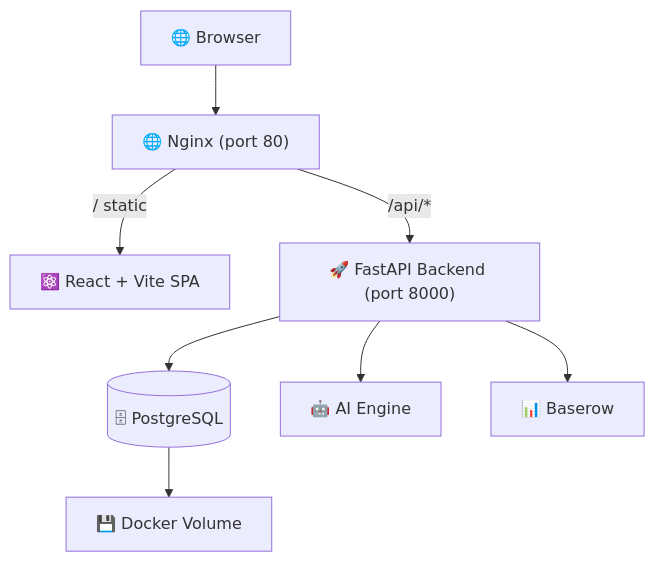
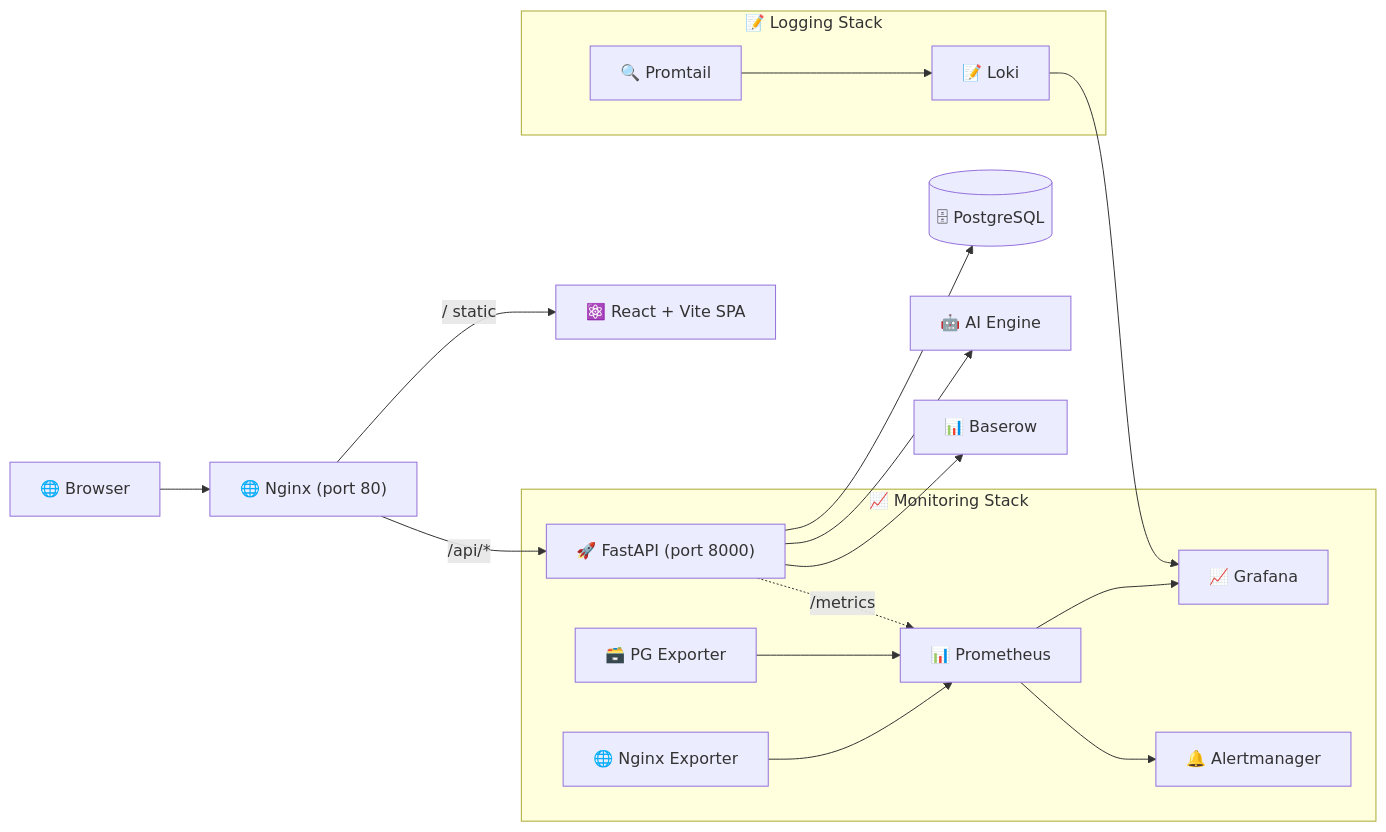
One commit to kmrgautam18-alt/career-ops-v2 changed the second of 2 diagrams in README.md. Above: the diagram before and after it, drawn with Mermaid. The commit also changed other lines of this file and 2 other files, not shown here.

````diff
--- a/README.md
+++ b/README.md
@@ -147,10 +225,22 @@
 ```mermaid
-flowchart TD
+flowchart LR
     Client["🌐 Browser"] --> Nginx["🌐 Nginx (port 80)"]
     Nginx -->|"/" static| Frontend["⚛️ React + Vite SPA"]
-    Nginx -->|"/api/*"| Backend["🚀 FastAPI Backend (port 8000)"]
+    Nginx -->|"/api/*"| Backend["🚀 FastAPI (port 8000)"]
     Backend --> DB[(🗄 PostgreSQL)]
     Backend --> AI["🤖 AI Engine"]
     Backend --> Baserow["📊 Baserow"]
-    DB --> Storage["💾 Docker Volume"]
+
+    subgraph Monitoring["📈 Monitoring Stack"]
+        Prometheus["📊 Prometheus"] --> Grafana["📈 Grafana"]
+        Prometheus --> AM["🔔 Alertmanager"]
+        Backend -.->|/metrics| Prometheus
+        DBExporter["🗃️ PG Exporter"] --> Prometheus
+        NginxExporter["🌐 Nginx Exporter"] --> Prometheus
+    end
+
+    subgraph Logging["📝 Logging Stack"]
+        Promtail["🔍 Promtail"] --> Loki["📝 Loki"]
+        Loki --> Grafana
+    end
 ```
````
